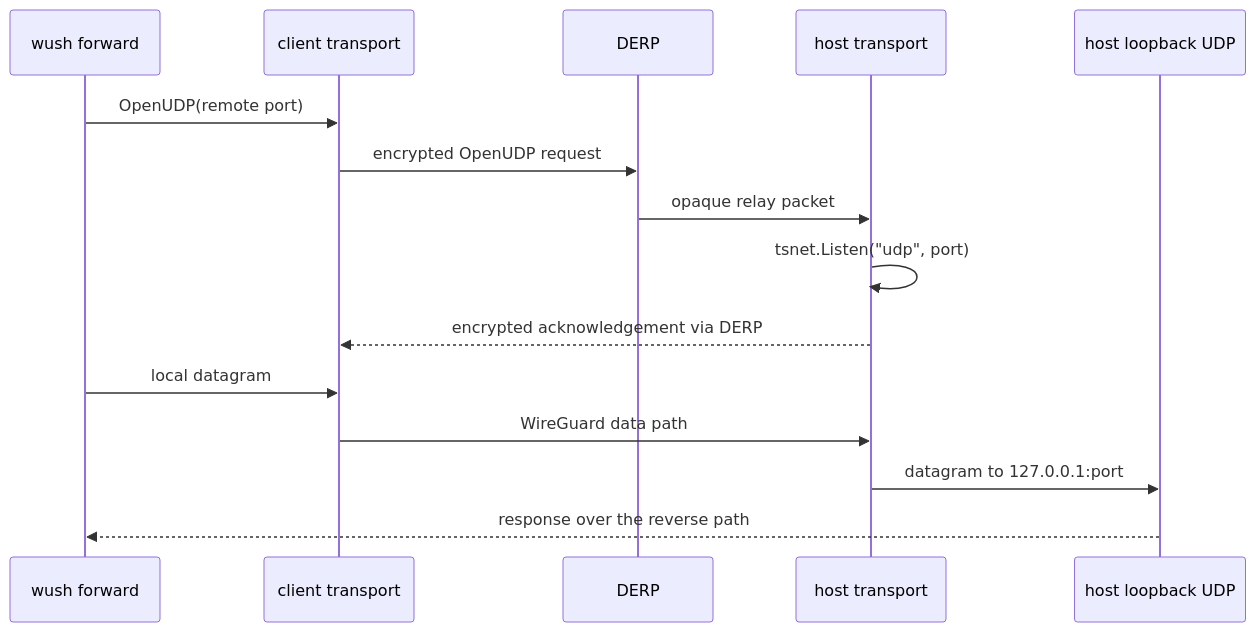
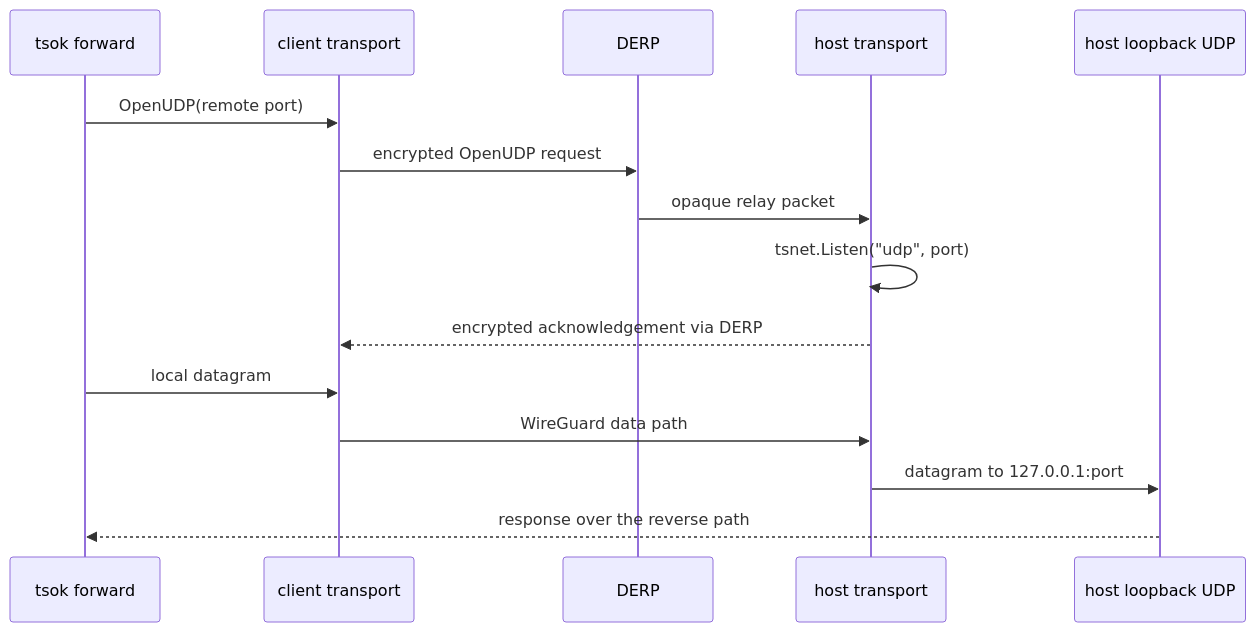
The second of 2 diagrams in README.md (changhoon-sung/tsok), drawn with Mermaid before and after one commit. The commit also changed other lines of this file and 28 other files, not shown here.

Commit message:
refactor: rename wush to tsok

````diff
--- a/README.md
+++ b/README.md
@@ -206,17 +207,17 @@
 ```mermaid
 sequenceDiagram
-  participant F as wush forward
+  participant F as tsok forward
   participant C as client transport
   participant D as DERP
   participant H as host transport
   participant U as host loopback UDP
   F->>C: OpenUDP(remote port)
   C->>D: encrypted OpenUDP request
   D->>H: opaque relay packet
   H->>H: tsnet.Listen("udp", port)
   H-->>C: encrypted acknowledgement via DERP
   F->>C: local datagram
   C->>H: WireGuard data path
   H->>U: datagram to 127.0.0.1:port
   U-->>F: response over the reverse path
 ```
````
